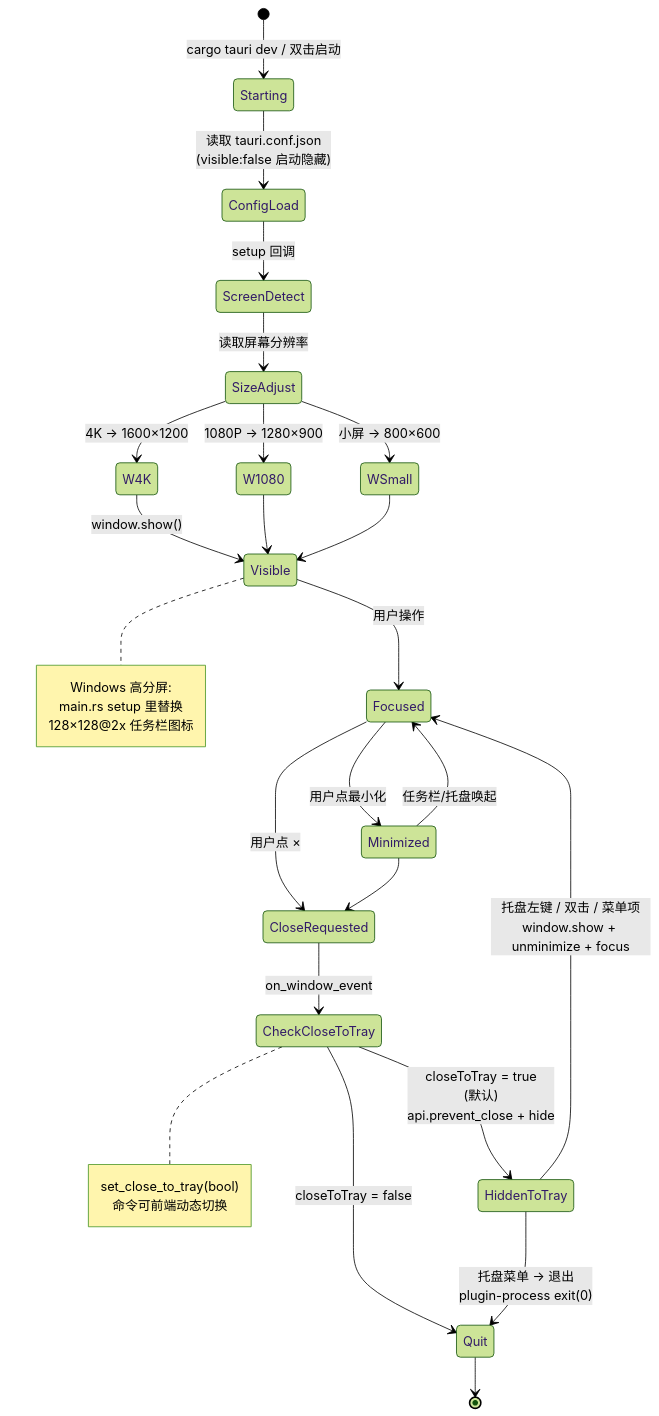
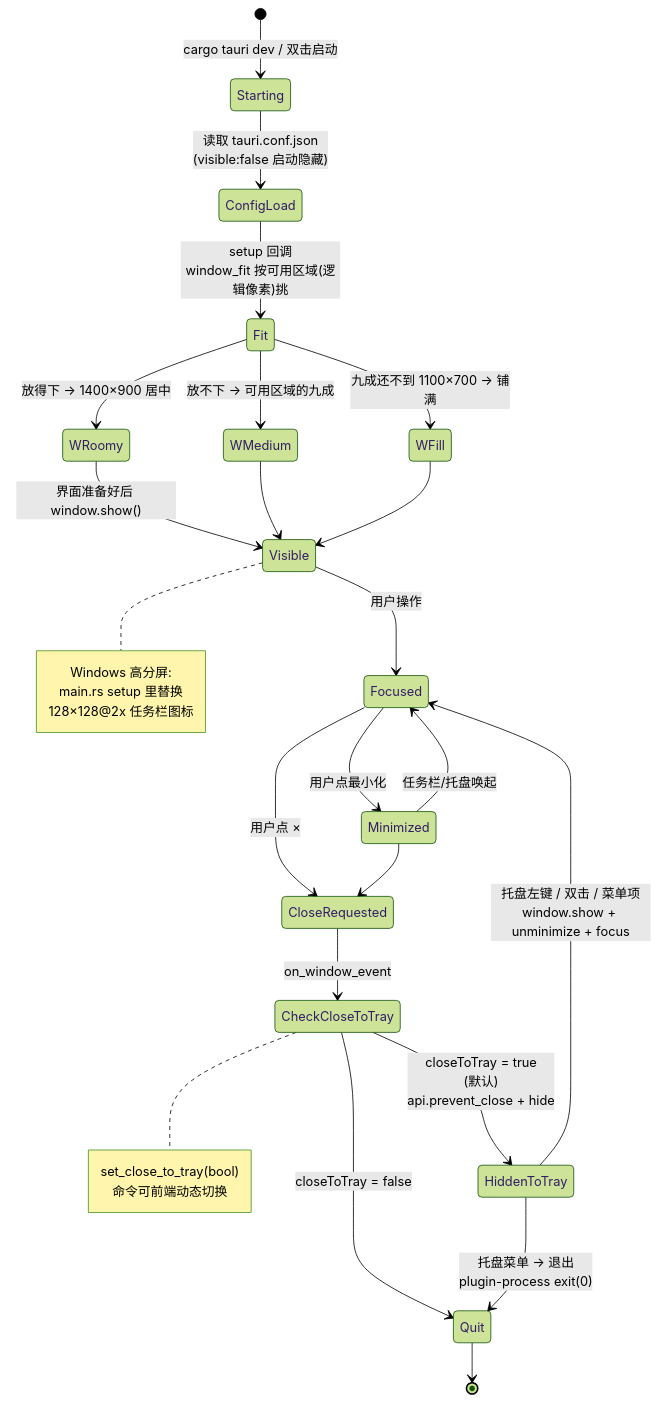
The first of 4 diagrams in docs/flows/window-system-integration.md (joeyliu6/PicNexus), drawn with Mermaid (forest theme) before and after one commit. The commit also changed other lines of this file and 3 other files, not shown here.

First line of the commit message:
fix(window): size the first window by the screen's usable area

````diff
--- a/docs/flows/window-system-integration.md
+++ b/docs/flows/window-system-integration.md
@@ -27,43 +27,42 @@
 ```mermaid
 stateDiagram-v2
     [*] --> Starting: cargo tauri dev / 双击启动
 
     Starting --> ConfigLoad: 读取 tauri.conf.json<br/>(visible:false 启动隐藏)
-    ConfigLoad --> ScreenDetect: setup 回调
-    ScreenDetect --> SizeAdjust: 读取屏幕分辨率
-    SizeAdjust --> W4K: 4K → 1600×1200
-    SizeAdjust --> W1080: 1080P → 1280×900
-    SizeAdjust --> WSmall: 小屏 → 800×600
+    ConfigLoad --> Fit: setup 回调<br/>window_fit 按可用区域(逻辑像素)挑
+    Fit --> WRoomy: 放得下 → 1400×900 居中
+    Fit --> WMedium: 放不下 → 可用区域的九成
+    Fit --> WFill: 九成还不到 1100×700 → 铺满
 
-    W4K --> Visible: window.show()
-    W1080 --> Visible
-    WSmall --> Visible
+    WRoomy --> Visible: 界面准备好后 window.show()
+    WMedium --> Visible
+    WFill --> Visible
 
     Visible --> Focused: 用户操作
 
     Focused --> Minimized: 用户点最小化
     Minimized --> Focused: 任务栏/托盘唤起
 
     Focused --> CloseRequested: 用户点 ×
     Minimized --> CloseRequested
 
     CloseRequested --> CheckCloseToTray: on_window_event
     CheckCloseToTray --> HiddenToTray: closeToTray = true<br/>(默认)<br/>api.prevent_close + hide
     CheckCloseToTray --> Quit: closeToTray = false
 
     HiddenToTray --> Focused: 托盘左键 / 双击 / 菜单项<br/>window.show + unminimize + focus
     HiddenToTray --> Quit: 托盘菜单 → 退出<br/>plugin-process exit(0)
 
     Quit --> [*]
 
     note right of CheckCloseToTray
       set_close_to_tray(bool)
       命令可前端动态切换
     end note
 
     note right of Visible
       Windows 高分屏:
       main.rs setup 里替换
       128×128@2x 任务栏图标
     end note
 ```
````
